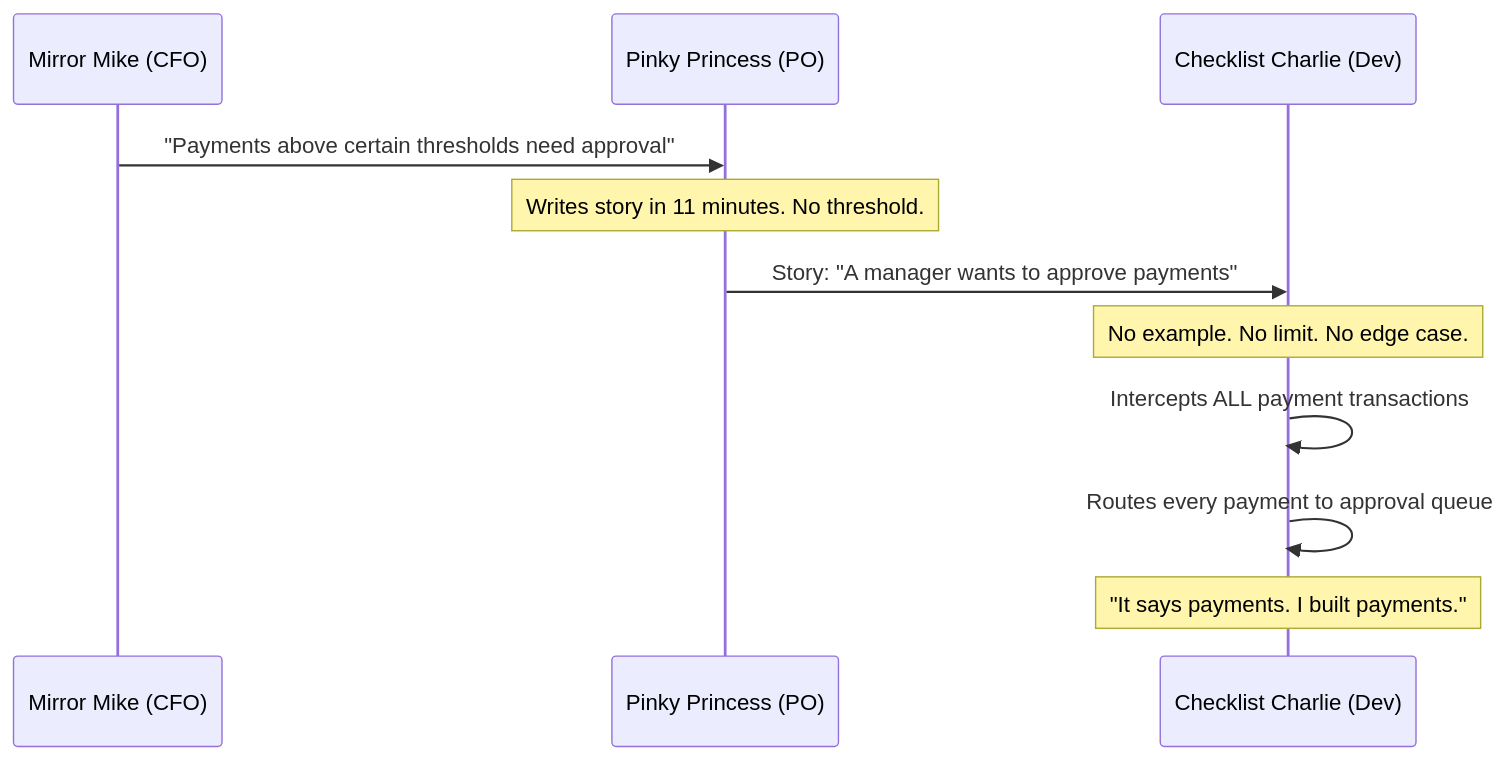
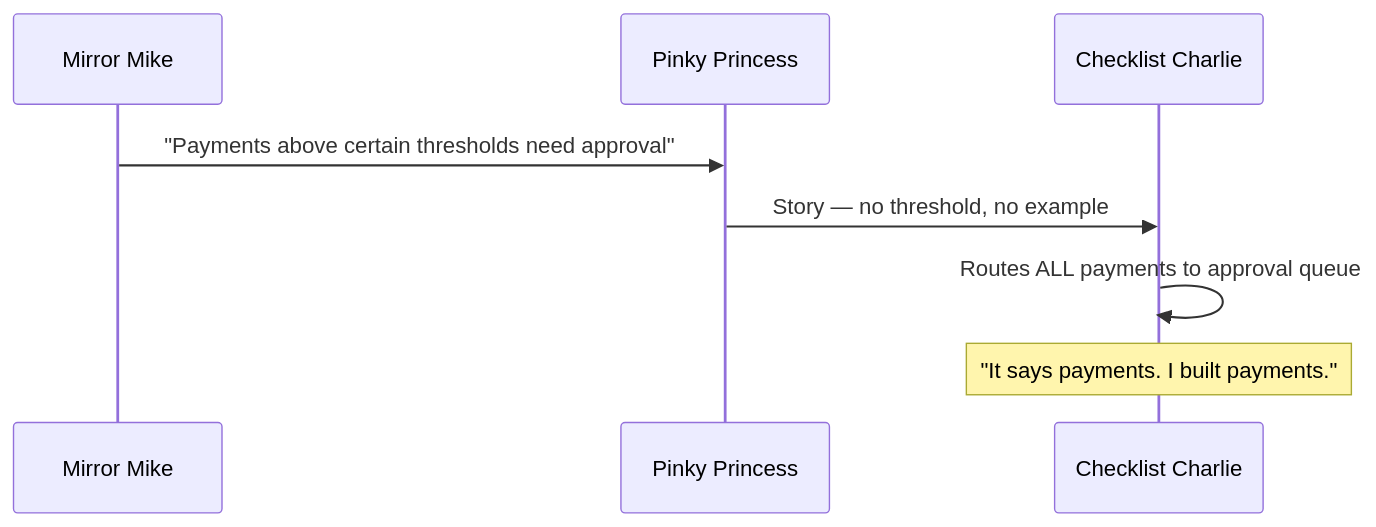
One commit to truedoctales/truedoctales-4j changed the diagram in fairy-doc-tales/02_mirror-stakeholder/01_mirror-stakeholder.md. Above: the diagram before and after it, drawn with Mermaid. The commit also changed other lines of this file and 21 other files, not shown here.

````diff
--- a/fairy-doc-tales/02_mirror-stakeholder/01_mirror-stakeholder.md
+++ b/fairy-doc-tales/02_mirror-stakeholder/01_mirror-stakeholder.md
@@ -66,14 +83,10 @@
 ```mermaid
 sequenceDiagram
-    participant MM as Mirror Mike (CFO)
-    participant PP as Pinky Princess (PO)
-    participant CC as Checklist Charlie (Dev)
-
+    participant MM as Mirror Mike
+    participant PP as Pinky Princess
+    participant CC as Checklist Charlie
     MM->>PP: "Payments above certain thresholds need approval"
-    Note over PP: Writes story in 11 minutes. No threshold.
-    PP->>CC: Story: "A manager wants to approve payments"
-    Note over CC: No example. No limit. No edge case.
-    CC->>CC: Intercepts ALL payment transactions
-    CC->>CC: Routes every payment to approval queue
+    PP->>CC: Story — no threshold, no example
+    CC->>CC: Routes ALL payments to approval queue
     Note over CC: "It says payments. I built payments."
 ```
````
